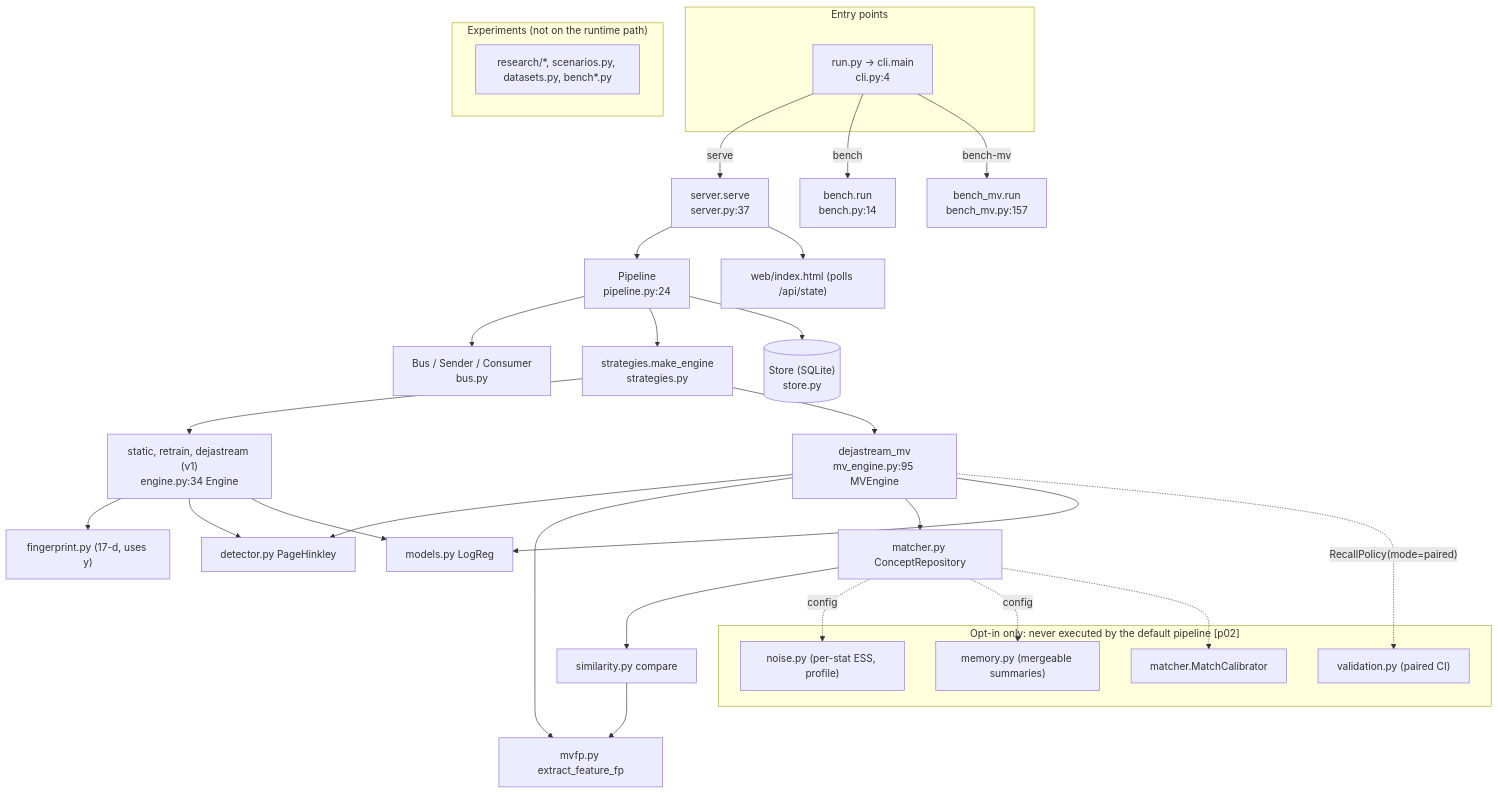
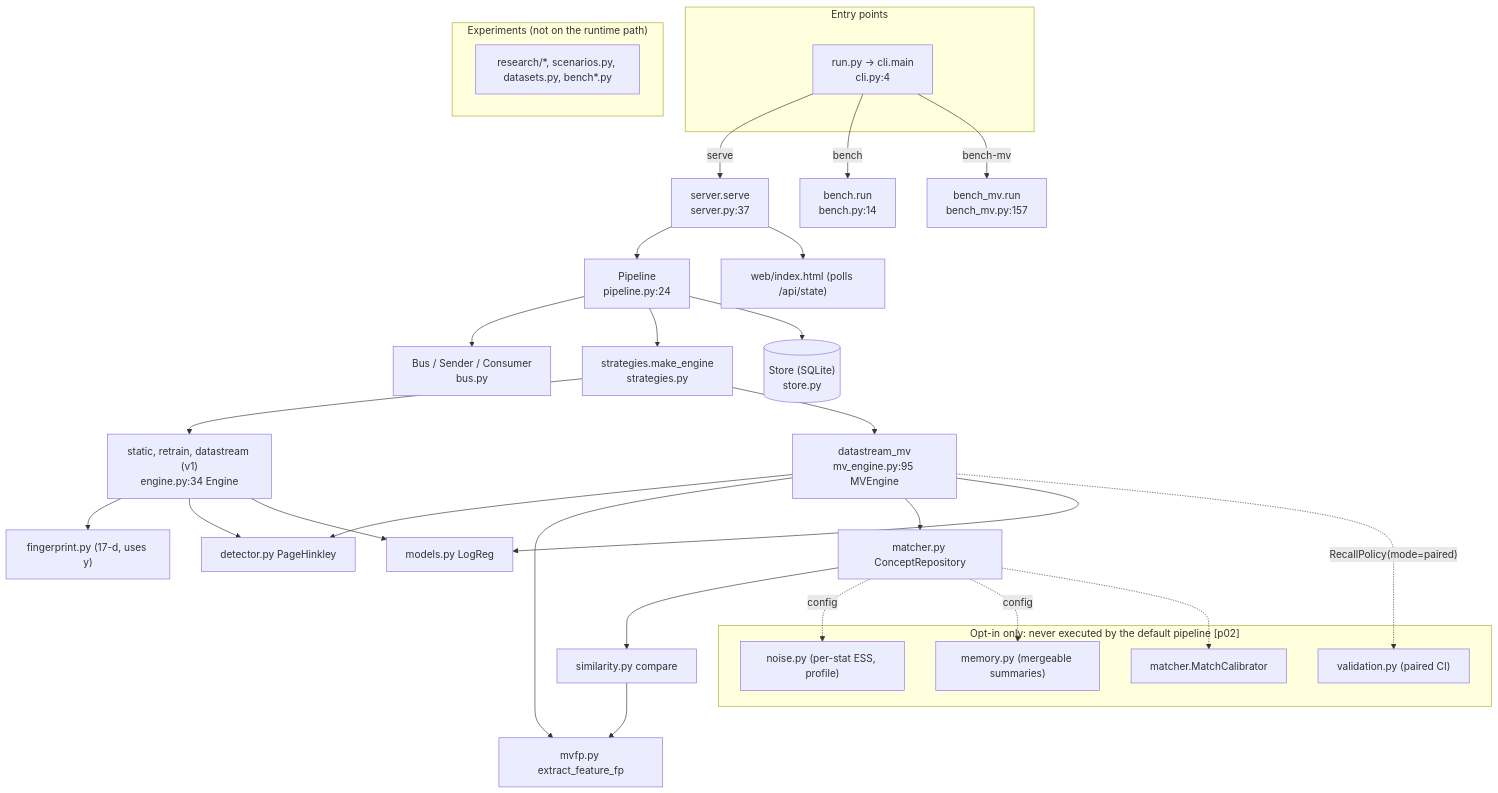
One commit to heytanix/Datastream changed the first of 2 diagrams in audit/AUDIT_REPORT.md. Above: the diagram before and after it, drawn with Mermaid. The commit also changed other lines of this file and 83 other files, not shown here.

````diff
--- a/audit/AUDIT_REPORT.md
+++ b/audit/AUDIT_REPORT.md
@@ -38,38 +38,38 @@
 ```mermaid
 flowchart TB
   subgraph entry["Entry points"]
     CLI["run.py -> cli.main<br/>cli.py:4"]
   end
   CLI -->|serve| SRV["server.serve<br/>server.py:37"]
   CLI -->|bench| B1["bench.run<br/>bench.py:14"]
   CLI -->|bench-mv| B2["bench_mv.run<br/>bench_mv.py:157"]
   SRV --> PIPE["Pipeline<br/>pipeline.py:24"]
   PIPE --> BUS["Bus / Sender / Consumer<br/>bus.py"]
   PIPE --> STR["strategies.make_engine<br/>strategies.py"]
   PIPE --> STO[("Store (SQLite)<br/>store.py")]
-  STR --> E0["static, retrain, dejastream (v1)<br/>engine.py:34 Engine"]
-  STR --> E1["dejastream_mv<br/>mv_engine.py:95 MVEngine"]
+  STR --> E0["static, retrain, datastream (v1)<br/>engine.py:34 Engine"]
+  STR --> E1["datastream_mv<br/>mv_engine.py:95 MVEngine"]
   E0 --> FP1["fingerprint.py (17-d, uses y)"]
   E0 --> DET["detector.py PageHinkley"]
   E1 --> DET
   E1 --> MVFP["mvfp.py extract_feature_fp"]
   E1 --> MAT["matcher.py ConceptRepository"]
   MAT --> SIM["similarity.py compare"]
   SIM --> MVFP
   E1 --> LR["models.py LogReg"]
   E0 --> LR
   SRV --> WEB["web/index.html (polls /api/state)"]
   subgraph optin["Opt-in only: never executed by the default pipeline [p02]"]
     NOI["noise.py (per-stat ESS, profile)"]
     MEM["memory.py (mergeable summaries)"]
     VAL["validation.py (paired CI)"]
     CAL["matcher.MatchCalibrator"]
   end
   MAT -.config.-> NOI
   MAT -.config.-> MEM
   E1 -.RecallPolicy(mode=paired).-> VAL
   MAT -.-> CAL
   subgraph exp["Experiments (not on the runtime path)"]
     RES["research/*, scenarios.py, datasets.py, bench*.py"]
   end
 ```
````
